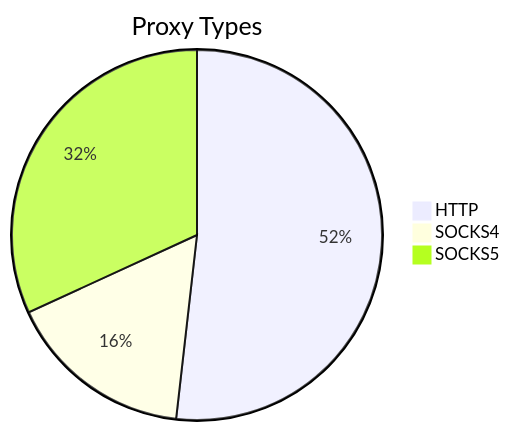
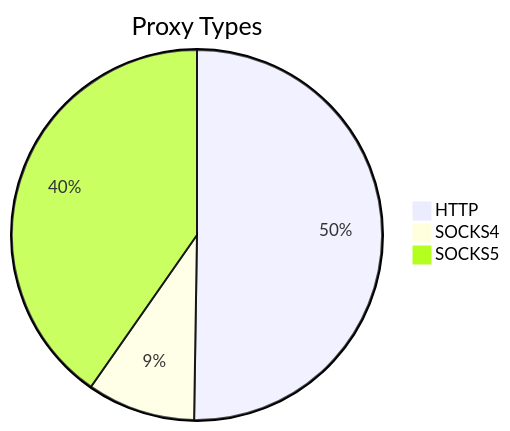
The first of 2 diagrams in README.md (stormsia/proxy-list), drawn with Mermaid before and after one commit. The commit also changed other lines of this file, not shown here.

````diff
--- a/README.md
+++ b/README.md
@@ -21,6 +21,6 @@
 ```mermaid
 pie title Proxy Types
-    "HTTP" : 187
-    "SOCKS4" : 59
-    "SOCKS5" : 115
+    "HTTP" : 101
+    "SOCKS4" : 19
+    "SOCKS5" : 81
 ```
````
